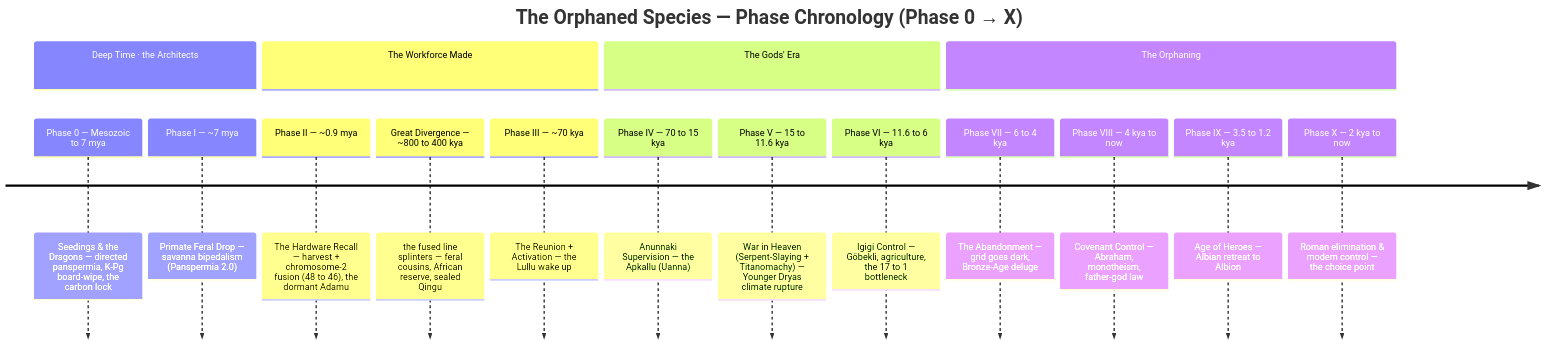
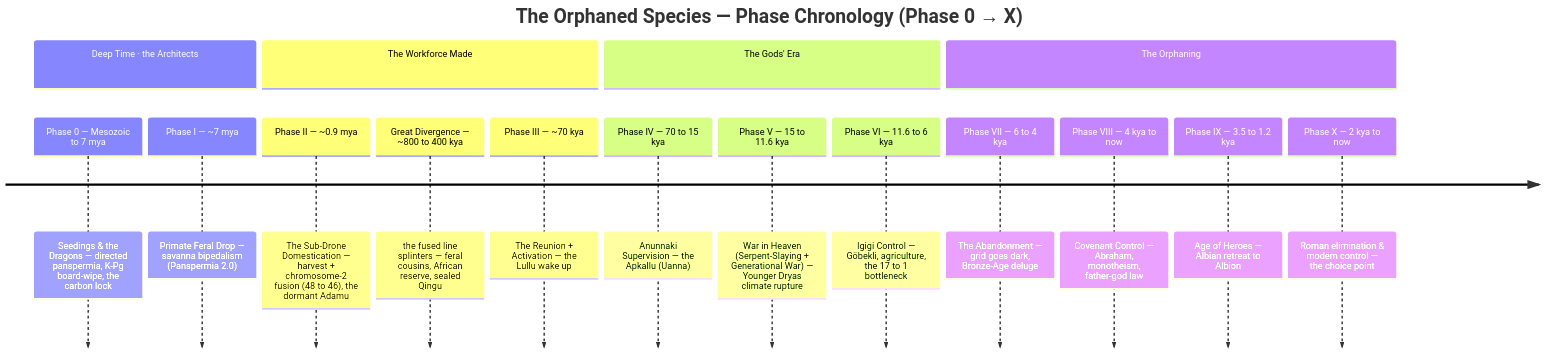
One commit to DoctorKhan/The-Orphaned-Species changed the second of 2 diagrams in 50_The_Orphaned_Species/00_MASTER_TIMELINE.md. Above: the diagram before and after it, drawn with Mermaid. The commit also changed other lines of this file and 43 other files, not shown here.

First line of the commit message:
Retire "Titans" and "Hardware Recall"; lock Anu + 26 vs. the seventy sons

````diff
--- a/50_The_Orphaned_Species/00_MASTER_TIMELINE.md
+++ b/50_The_Orphaned_Species/00_MASTER_TIMELINE.md
@@ -479,20 +477,20 @@
 ```mermaid
 timeline
     title The Orphaned Species — Phase Chronology (Phase 0 → X)
     section Deep Time · the Architects
         Phase 0 — Mesozoic to 7 mya : Seedings & the Dragons — directed panspermia, K-Pg board-wipe, the carbon lock
         Phase I — ~7 mya : Primate Feral Drop — savanna bipedalism (Panspermia 2.0)
     section The Workforce Made
-        Phase II — ~0.9 mya : The Hardware Recall — harvest + chromosome-2 fusion (48 to 46), the dormant Adamu
+        Phase II — ~0.9 mya : The Sub-Drone Domestication — harvest + chromosome-2 fusion (48 to 46), the dormant Adamu
         Great Divergence — ~800 to 400 kya : the fused line splinters — feral cousins, African reserve, sealed Qingu
         Phase III — ~70 kya : The Reunion + Activation — the Lullu wake up
     section The Gods' Era
         Phase IV — 70 to 15 kya : Anunnaki Supervision — the Apkallu (Uanna)
-        Phase V — 15 to 11.6 kya : War in Heaven (Serpent-Slaying + Titanomachy) — Younger Dryas climate rupture
+        Phase V — 15 to 11.6 kya : War in Heaven (Serpent-Slaying + Generational War) — Younger Dryas climate rupture
         Phase VI — 11.6 to 6 kya : Igigi Control — Göbekli, agriculture, the 17 to 1 bottleneck
     section The Orphaning
         Phase VII — 6 to 4 kya : The Abandonment — grid goes dark, Bronze-Age deluge
         Phase VIII — 4 kya to now : Covenant Control — Abraham, monotheism, father-god law
         Phase IX — 3.5 to 1.2 kya : Age of Heroes — Albian retreat to Albion
         Phase X — 2 kya to now : Roman elimination & modern control — the choice point
 ```
````
